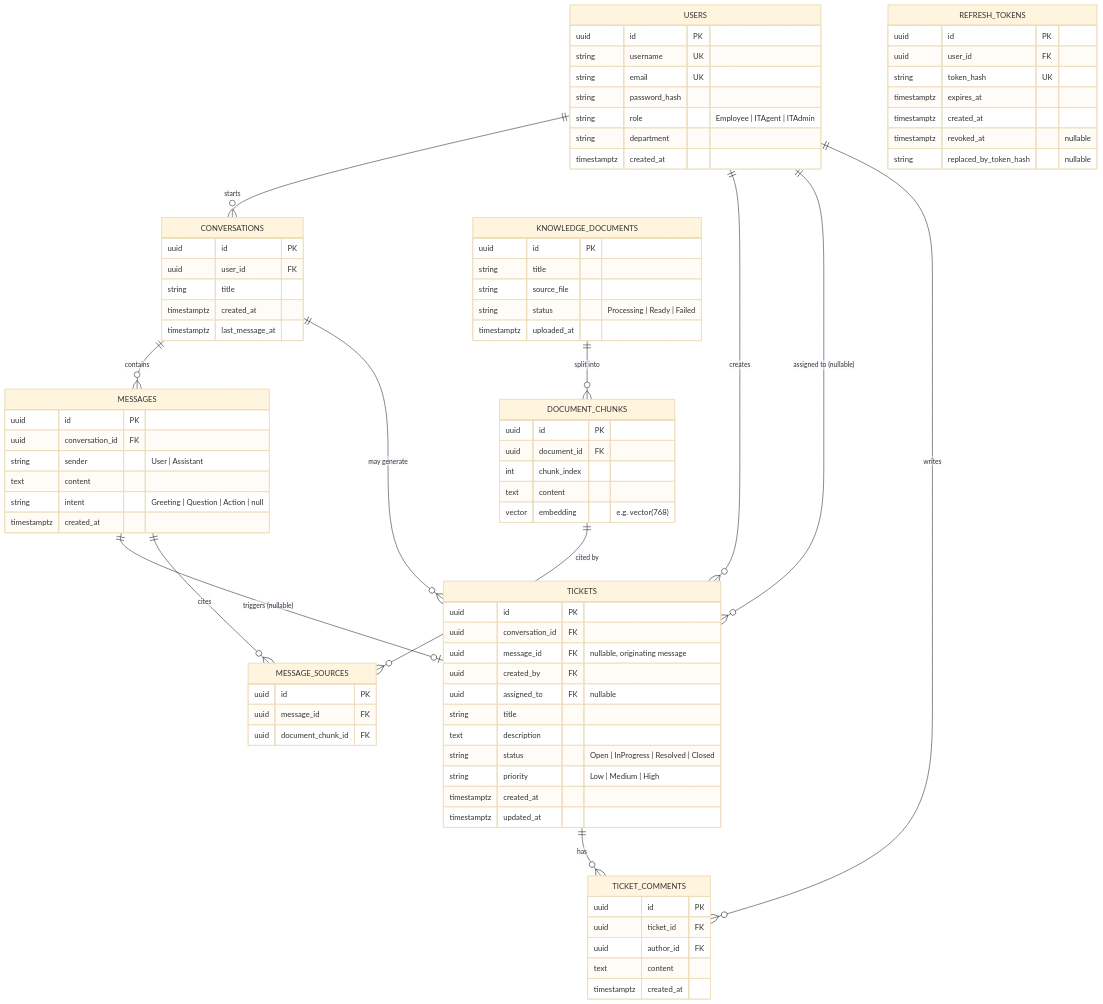
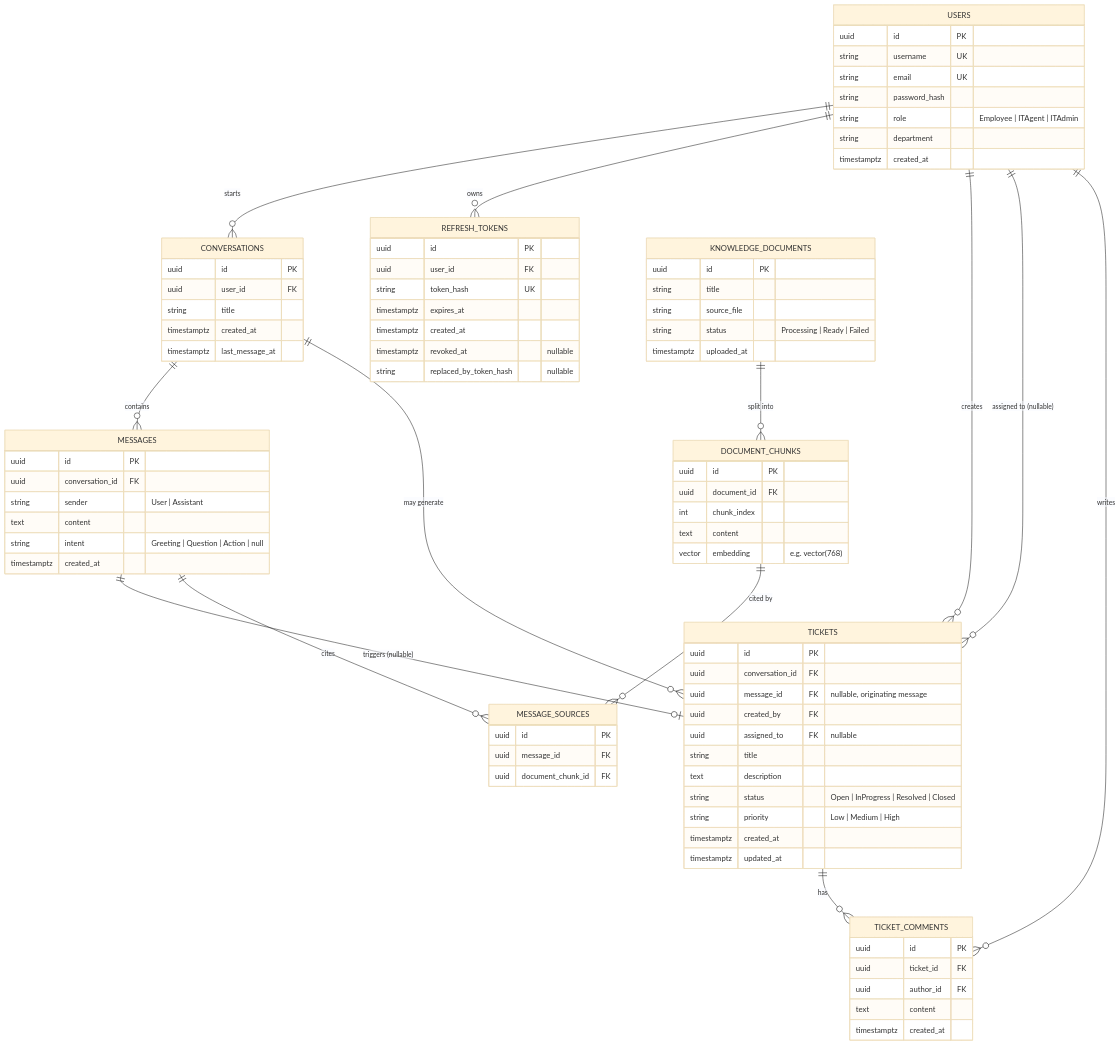
The diagram in docs/ER_DIAGRAM.md (withoutidentity/AI-Powered-IT-Helpdesk-And-Ticketing-System), drawn with Mermaid (base theme) before and after one commit. The commit also changed other lines of this file and 43 other files, not shown here.

````diff
--- a/docs/ER_DIAGRAM.md
+++ b/docs/ER_DIAGRAM.md
@@ -10,6 +10,7 @@
 ```mermaid
 erDiagram
     USERS ||--o{ CONVERSATIONS : starts
+    USERS ||--o{ REFRESH_TOKENS : owns
     USERS ||--o{ TICKETS : creates
     USERS ||--o{ TICKETS : "assigned to (nullable)"
     USERS ||--o{ TICKET_COMMENTS : writes
````
